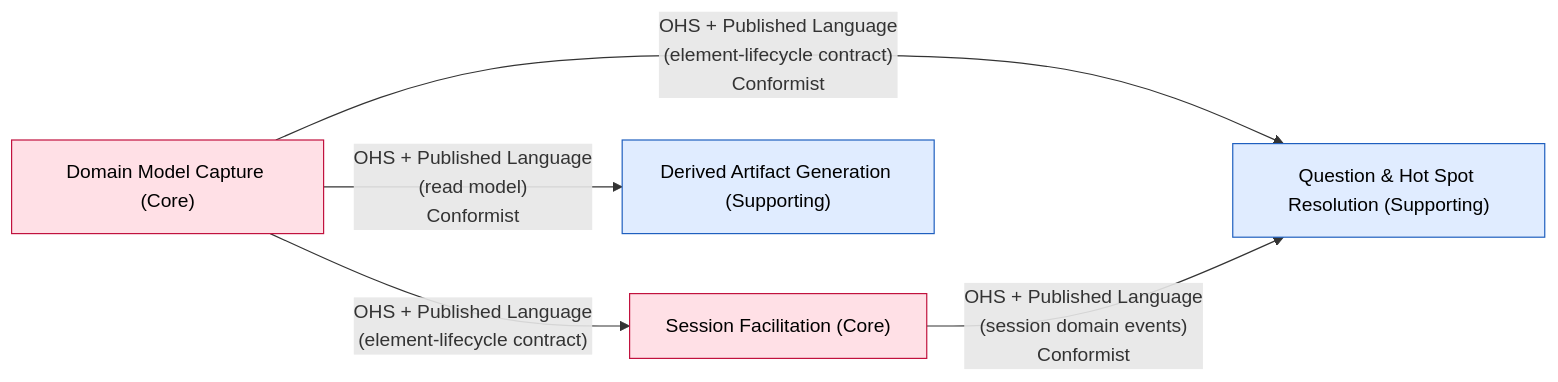
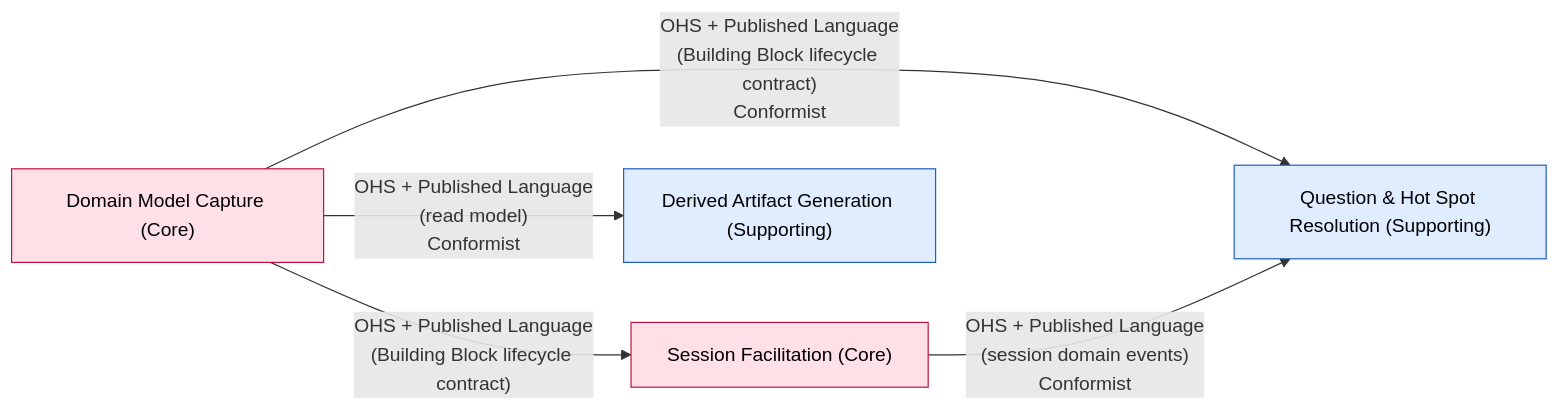
The diagram in docs/domain/context-map.md (vinialbano/eventstormer), drawn with Mermaid before and after one commit. The commit also changed other lines of this file and 13 other files, not shown here.

First line of the commit message:
docs: confirm Building Block and Domain Event terminology, and align the PRD (#4)

````diff
--- a/docs/domain/context-map.md
+++ b/docs/domain/context-map.md
@@ -33,19 +33,19 @@
 ```mermaid
 flowchart LR
   Capture["Domain Model Capture (Core)"]
   Facil["Session Facilitation (Core)"]
   HotSpot["Question & Hot Spot Resolution (Supporting)"]
   Artifact["Derived Artifact Generation (Supporting)"]
 
-  Capture -->|"OHS + Published Language\n(element-lifecycle contract)"| Facil
-  Capture -->|"OHS + Published Language\n(element-lifecycle contract)\nConformist"| HotSpot
+  Capture -->|"OHS + Published Language\n(Building Block lifecycle contract)"| Facil
+  Capture -->|"OHS + Published Language\n(Building Block lifecycle contract)\nConformist"| HotSpot
   Capture -->|"OHS + Published Language\n(read model)\nConformist"| Artifact
   Facil -->|"OHS + Published Language\n(session domain events)\nConformist"| HotSpot
 
   classDef core fill:#ffe0e6,stroke:#c1123e,color:#000
   classDef sup fill:#e0ecff,stroke:#1f5fbf,color:#000
   class Capture core
   class Facil core
   class HotSpot sup
   class Artifact sup
 ```
````
